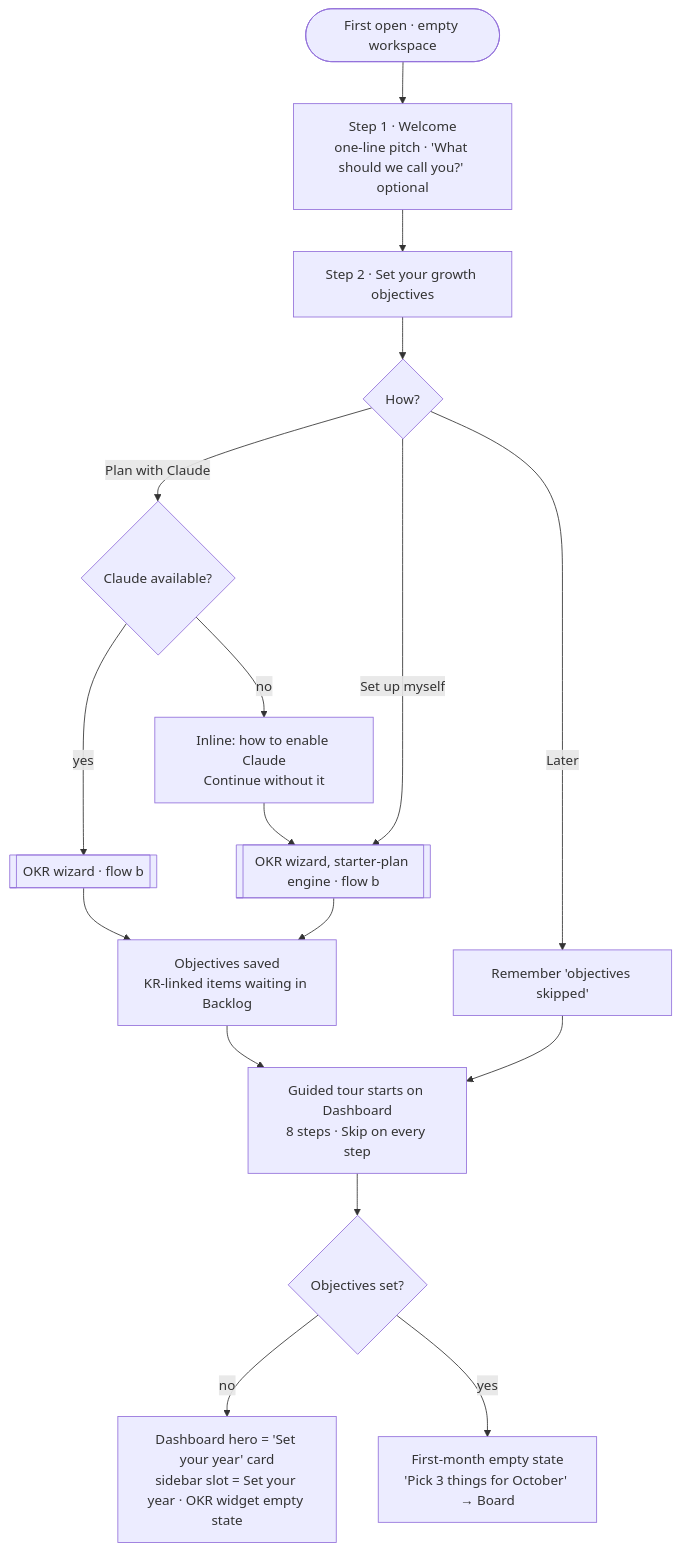
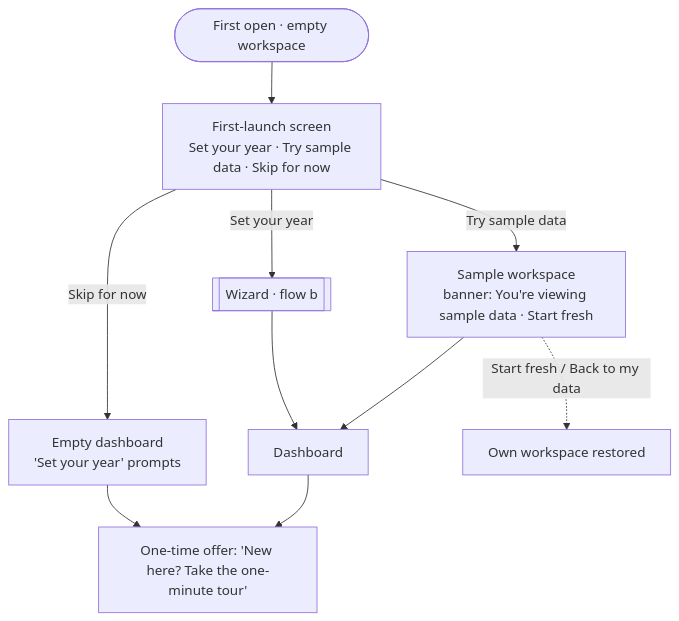
The third of 9 diagrams in docs/design/ux-flows.md (amojahedi/growloop), drawn with Mermaid before and after one commit. The commit also changed other lines of this file and 20 other files, not shown here.

````diff
--- a/docs/design/ux-flows.md
+++ b/docs/design/ux-flows.md
@@ -115,19 +112,12 @@
 ```mermaid
 flowchart TD
-  start(["First open · empty workspace"]) --> s1["Step 1 · Welcome<br/>one-line pitch · 'What should we call you?' optional"]
-  s1 --> s2["Step 2 · Set your growth objectives"]
-  s2 --> how{"How?"}
-  how -->|"Plan with Claude"| ai{"Claude available?"}
-  ai -->|"yes"| wiz[["OKR wizard · flow b"]]
-  ai -->|"no"| hint["Inline: how to enable Claude<br/>Continue without it"]
-  hint --> wizm[["OKR wizard, starter-plan engine · flow b"]]
-  how -->|"Set up myself"| wizm
-  how -->|"Later"| skip["Remember 'objectives skipped'"]
-  wiz --> acc["Objectives saved<br/>KR-linked items waiting in Backlog"]
-  wizm --> acc
-  acc --> tour["Guided tour starts on Dashboard<br/>8 steps · Skip on every step"]
-  skip --> tour
-  tour --> has{"Objectives set?"}
-  has -->|"no"| soft["Dashboard hero = 'Set your year' card<br/>sidebar slot = Set your year · OKR widget empty state"]
-  has -->|"yes"| first["First-month empty state<br/>'Pick 3 things for October' → Board"]
+  start(["First open · empty workspace"]) --> s1["First-launch screen<br/>Set your year · Try sample data · Skip for now"]
+  s1 -->|"Set your year"| wiz[["Wizard · flow b"]]
+  s1 -->|"Try sample data"| sample["Sample workspace<br/>banner: You're viewing sample data · Start fresh"]
+  s1 -->|"Skip for now"| dash["Empty dashboard<br/>'Set your year' prompts"]
+  wiz --> dash2["Dashboard"]
+  sample --> dash2
+  dash --> offer["One-time offer: 'New here? Take the one-minute tour'"]
+  dash2 --> offer
+  sample -.->|"Start fresh / Back to my data"| own["Own workspace restored"]
 ```
````
